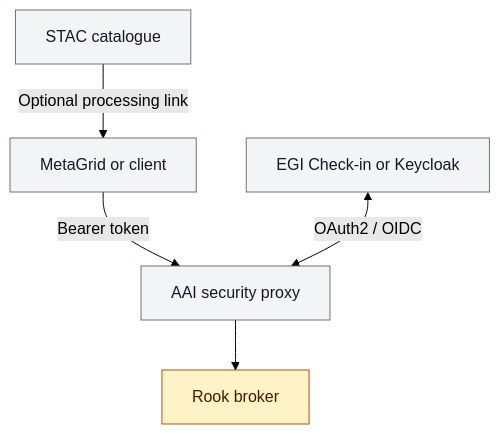
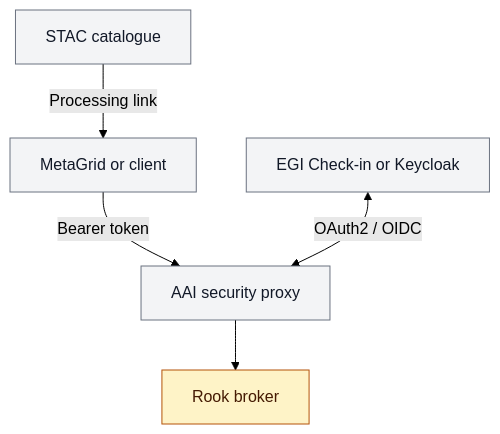
Before and after one commit to roocs/rook: the fifth of 10 diagrams in Rook_WPS_ESGF2_talk_draft.md, drawn with Mermaid (forest theme). The commit also changed other lines of this file and 2 other files, not shown here.

````diff
--- a/Rook_WPS_ESGF2_talk_draft.md
+++ b/Rook_WPS_ESGF2_talk_draft.md
@@ -266,11 +274,11 @@
 ```mermaid
 flowchart TD
-    STAC["STAC catalogue"] -->|"Optional processing link"| Portal["MetaGrid or client"]
+    STAC["STAC catalogue"] -->|"Processing link"| Portal["MetaGrid or client"]
     Portal -->|"Bearer token"| Proxy["AAI security proxy"]
     Identity["EGI Check-in or Keycloak"] <-->|"OAuth2 / OIDC"| Proxy
     Proxy --> Broker["Rook broker"]
-
     classDef default fill:#f3f4f6,stroke:#6b7280,color:#111827
+    classDef rook fill:#dbeafe,stroke:#2563eb,color:#172554
     classDef new fill:#fef3c7,stroke:#b45309,color:#451a03
     class Broker new
 ```
````
